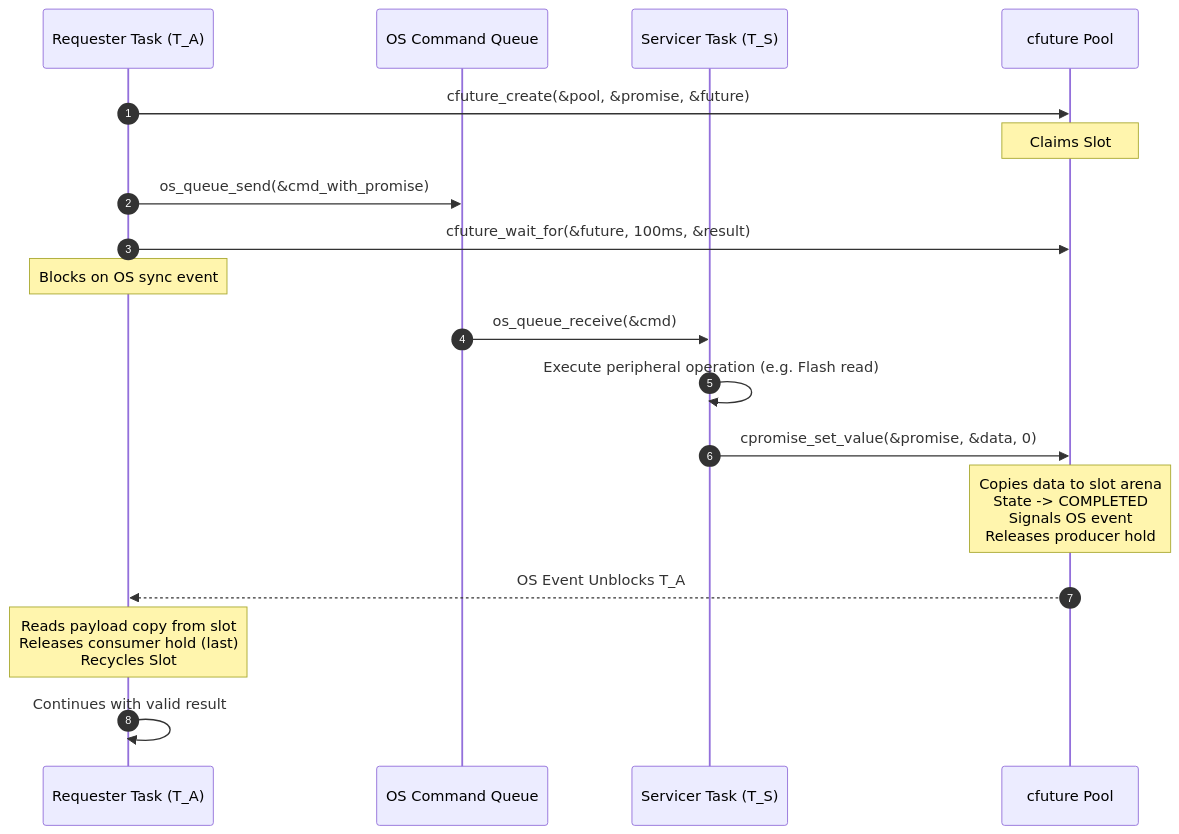
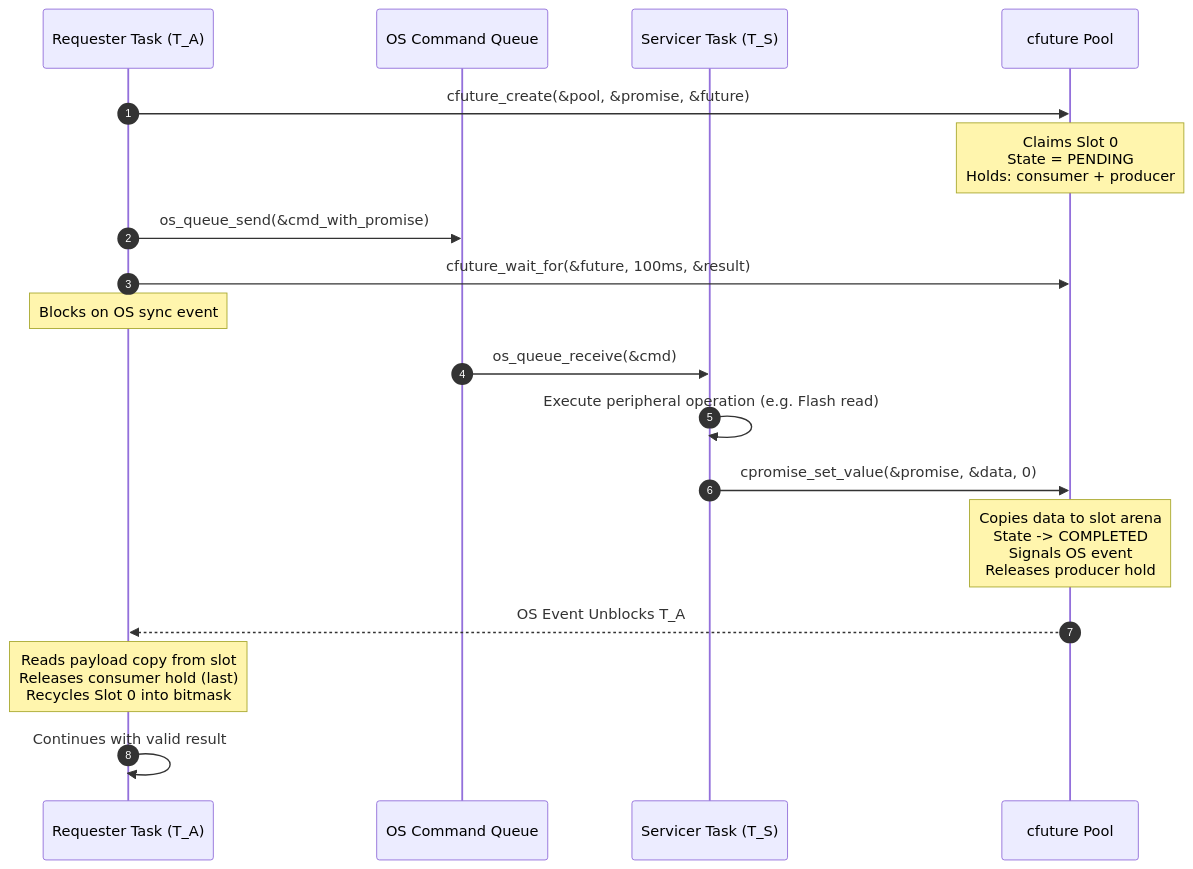
Before and after one commit to Mrunmoy/janus: the third of 6 diagrams in README.md, drawn with Mermaid. The commit also changed other lines of this file and 1 other file, not shown here.

Commit message:
docs: fix truncated and crowded mermaid diagrams, gate against '#' in mermaid

````diff
--- a/README.md
+++ b/README.md
@@ -379,21 +379,21 @@
 ```mermaid
 sequenceDiagram
     autonumber
     participant A as Requester Task (T_A)
     participant Q as OS Command Queue
     participant S as Servicer Task (T_S)
     participant P as cfuture Pool
 
     A->>P: cfuture_create(&pool, &promise, &future)
-    Note over P: Claims Slot #0<br/>State = PENDING<br/>Holds: consumer + producer
+    Note over P: Claims Slot 0<br/>State = PENDING<br/>Holds: consumer + producer
     A->>Q: os_queue_send(&cmd_with_promise)
     A->>P: cfuture_wait_for(&future, 100ms, &result)
     Note over A: Blocks on OS sync event
     Q->>S: os_queue_receive(&cmd)
     S->>S: Execute peripheral operation (e.g. Flash read)
     S->>P: cpromise_set_value(&promise, &data, 0)
     Note over P: Copies data to slot arena<br/>State -> COMPLETED<br/>Signals OS event<br/>Releases producer hold
     P-->>A: OS Event Unblocks T_A
-    Note over A: Reads payload copy from slot<br/>Releases consumer hold (last)<br/>Recycles Slot #0 into bitmask
+    Note over A: Reads payload copy from slot<br/>Releases consumer hold (last)<br/>Recycles Slot 0 into bitmask
     A->>A: Continues with valid result
 ```
````
